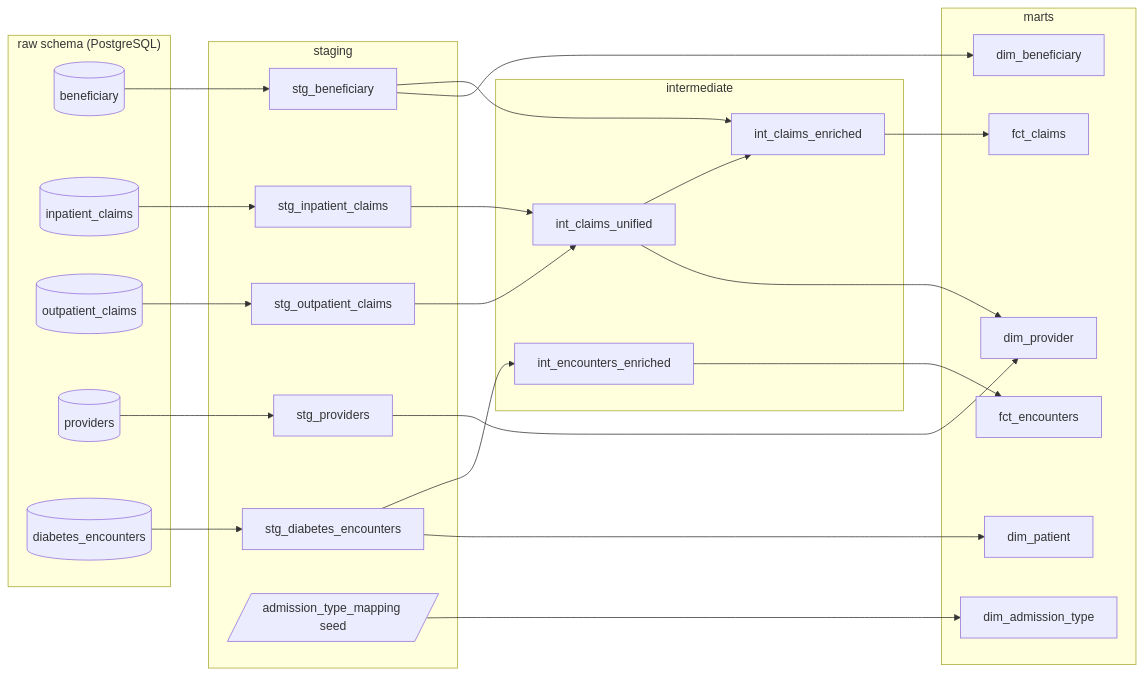
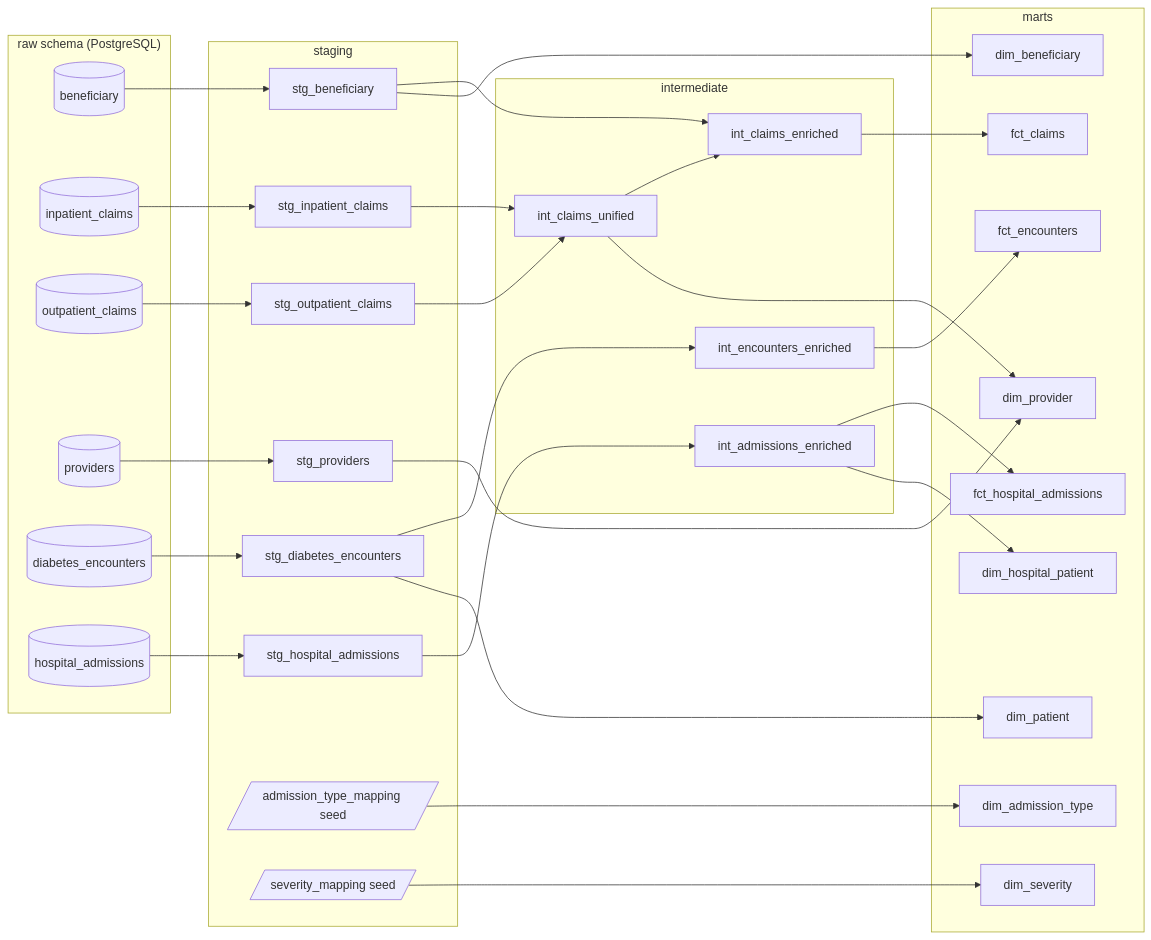
The diagram in README.md (ksdisch/clinical-data-etl), drawn with Mermaid before and after one commit. The commit also changed other lines of this file and 4 other files, not shown here.

````diff
--- a/README.md
+++ b/README.md
@@ -143,51 +176,64 @@
 ```mermaid
 flowchart LR
     subgraph raw["raw schema (PostgreSQL)"]
         r_bene[(beneficiary)]
         r_inp[(inpatient_claims)]
         r_outp[(outpatient_claims)]
         r_prov[(providers)]
         r_diab[(diabetes_encounters)]
+        r_hosp[(hospital_admissions)]
     end
     subgraph staging
         s_bene[stg_beneficiary]
         s_inp[stg_inpatient_claims]
         s_outp[stg_outpatient_claims]
         s_prov[stg_providers]
         s_diab[stg_diabetes_encounters]
+        s_hosp[stg_hospital_admissions]
         seed_at[/admission_type_mapping seed/]
+        seed_sev[/severity_mapping seed/]
     end
     subgraph intermediate
         i_uni[int_claims_unified]
         i_enr[int_claims_enriched]
         i_enc[int_encounters_enriched]
+        i_adm[int_admissions_enriched]
     end
     subgraph marts
         m_fct[fct_claims]
         m_bene[dim_beneficiary]
         m_prov[dim_provider]
         m_enc[fct_encounters]
         m_pat[dim_patient]
         m_adm[dim_admission_type]
+        m_fhosp[fct_hospital_admissions]
+        m_dhp[dim_hospital_patient]
+        m_sev[dim_severity]
     end
 
     r_bene --> s_bene
     r_inp --> s_inp
     r_outp --> s_outp
     r_prov --> s_prov
     r_diab --> s_diab
+    r_hosp --> s_hosp
 
     s_inp --> i_uni
     s_outp --> i_uni
     i_uni --> i_enr
     s_bene --> i_enr
     i_enr --> m_fct
     s_bene --> m_bene
     s_prov --> m_prov
     i_uni --> m_prov
 
     s_diab --> i_enc
     i_enc --> m_enc
     s_diab --> m_pat
     seed_at --> m_adm
+
+    s_hosp --> i_adm
+    i_adm --> m_fhosp
+    i_adm --> m_dhp
+    seed_sev --> m_sev
 ```
````
